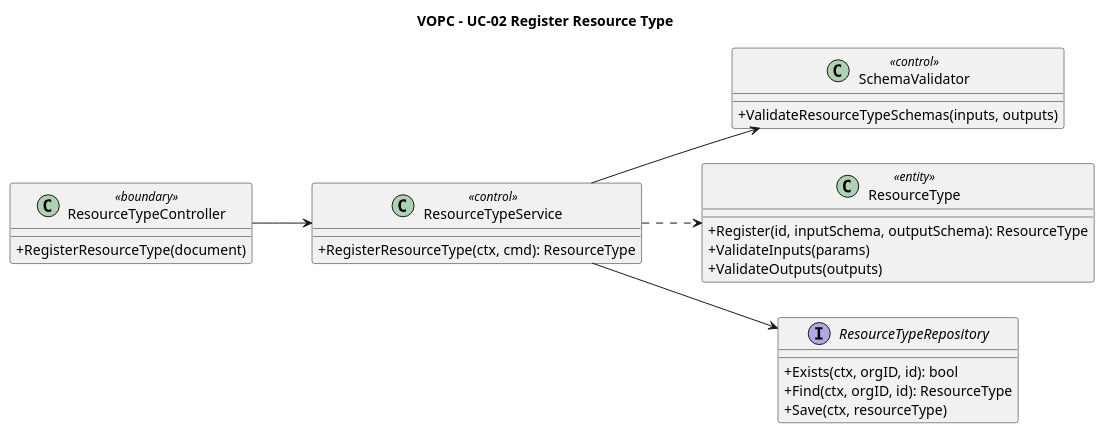
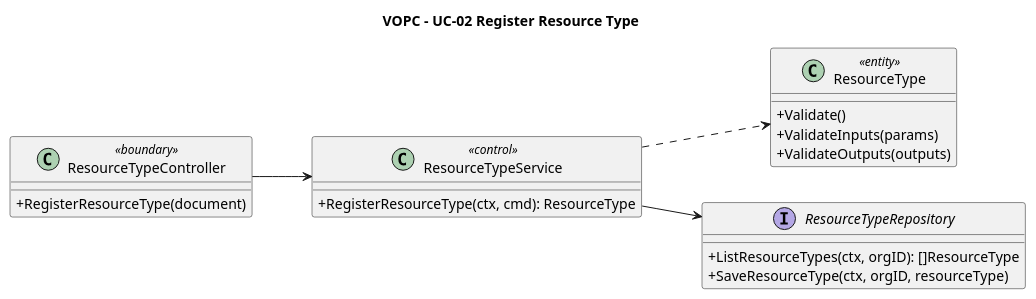
The diagram in orchestrator_docs/usecase/UC-02/vopc.puml (pr3s3nt/poc), drawn with PlantUML before and after one commit. The commit also changed 28 other files, not shown here.

Commit message:
Implement organization-scoped UC-02 resource type registration

```diff
--- a/orchestrator_docs/usecase/UC-02/vopc.puml
+++ b/orchestrator_docs/usecase/UC-02/vopc.puml
@@ -1,28 +1,23 @@
 @startuml
 title VOPC - UC-02 Register Resource Type
 left to right direction
 skinparam classAttributeIconSize 0
 class ResourceTypeController <<boundary>> {
   +RegisterResourceType(document)
 }
 class ResourceTypeService <<control>> {
   +RegisterResourceType(ctx, cmd): ResourceType
 }
-class SchemaValidator <<control>> {
-  +ValidateResourceTypeSchemas(inputs, outputs)
-}
 class ResourceType <<entity>> {
-  +Register(id, inputSchema, outputSchema): ResourceType
+  +Validate()
   +ValidateInputs(params)
   +ValidateOutputs(outputs)
 }
 interface ResourceTypeRepository {
-  +Exists(ctx, orgID, id): bool
-  +Find(ctx, orgID, id): ResourceType
-  +Save(ctx, resourceType)
+  +ListResourceTypes(ctx, orgID): []ResourceType
+  +SaveResourceType(ctx, orgID, resourceType)
 }
 ResourceTypeController --> ResourceTypeService
-ResourceTypeService --> SchemaValidator
 ResourceTypeService --> ResourceTypeRepository
 ResourceTypeService ..> ResourceType
 @enduml
```
